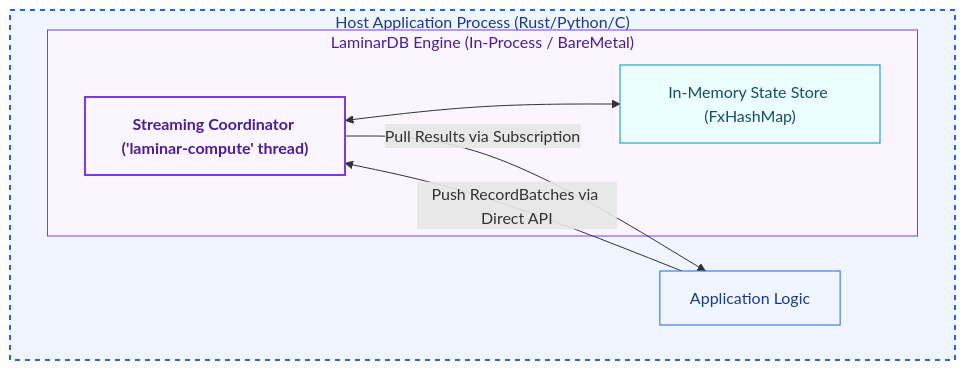
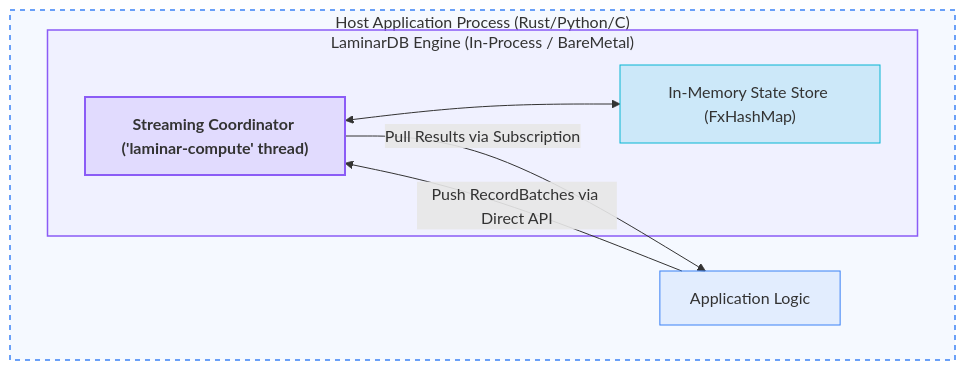
The first of 5 diagrams in README.md (laminardb/laminardb), drawn with Mermaid before and after one commit. The commit also changed other lines of this file, not shown here.

Commit message:
docs: update README architecture diagrams to be dynamically theme-aware

````diff
--- a/README.md
+++ b/README.md
@@ -458,21 +458,21 @@
 ```mermaid
 graph TD
-    classDef hostClass fill:#eff6ff,stroke:#2563eb,stroke-width:1px,color:#1e3a8a;
-    classDef appClass fill:#eff6ff,stroke:#2563eb,stroke-width:1px,color:#1e3a8a;
-    classDef coordClass fill:#faf5ff,stroke:#7c3aed,stroke-width:2px,color:#4c1d95,font-weight:bold;
-    classDef stateClass fill:#ecfeff,stroke:#0891b2,stroke-width:1px,color:#164e63;
+    classDef hostClass fill:#3b82f6,fill-opacity:0.1,stroke:#3b82f6,stroke-width:1px;
+    classDef appClass fill:#3b82f6,fill-opacity:0.1,stroke:#3b82f6,stroke-width:1px;
+    classDef coordClass fill:#8b5cf6,fill-opacity:0.15,stroke:#8b5cf6,stroke-width:2px,font-weight:bold;
+    classDef stateClass fill:#06b6d4,fill-opacity:0.15,stroke:#06b6d4,stroke-width:1px;
 
     subgraph HostApp["Host Application Process (Rust/Python/C)"]
         App["Application Logic"]:::appClass
         subgraph Engine["LaminarDB Engine (In-Process / BareMetal)"]
             Coord["Streaming Coordinator ('laminar-compute' thread)"]:::coordClass
             InMemState["In-Memory State Store (FxHashMap)"]:::stateClass
             Coord <--> InMemState
         end
         App -->|"Push RecordBatches via Direct API"| Coord
         Coord -->|"Pull Results via Subscription"| App
     end
 
-    style HostApp fill:#eff6ff,stroke:#2563eb,stroke-width:2px,stroke-dasharray: 5 5,color:#1e3a8a
-    style Engine fill:#faf5ff,stroke:#7c3aed,color:#4c1d95
+    style HostApp fill:#3b82f6,fill-opacity:0.05,stroke:#3b82f6,stroke-width:1.5px,stroke-dasharray: 5 5
+    style Engine fill:#8b5cf6,fill-opacity:0.05,stroke:#8b5cf6,stroke-width:1.5px
 ```
````
